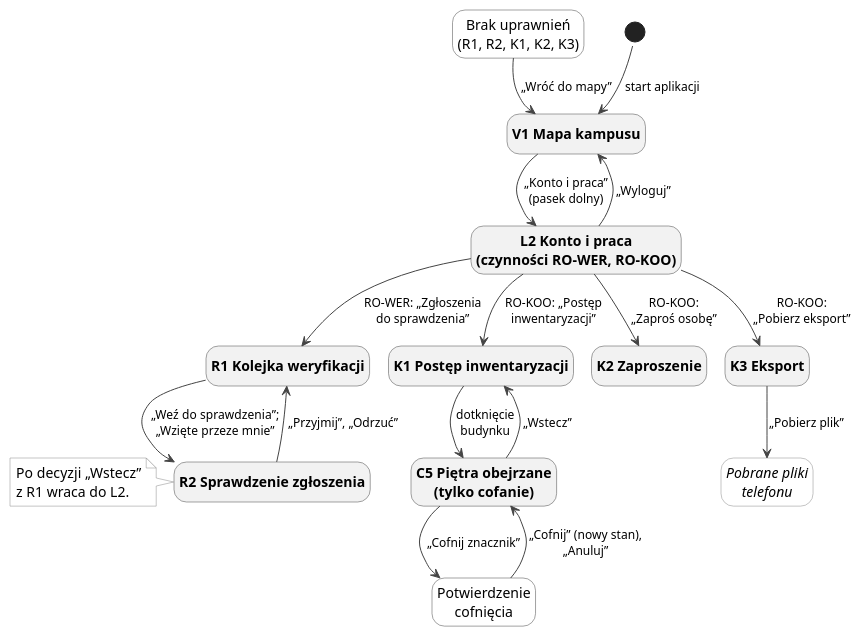
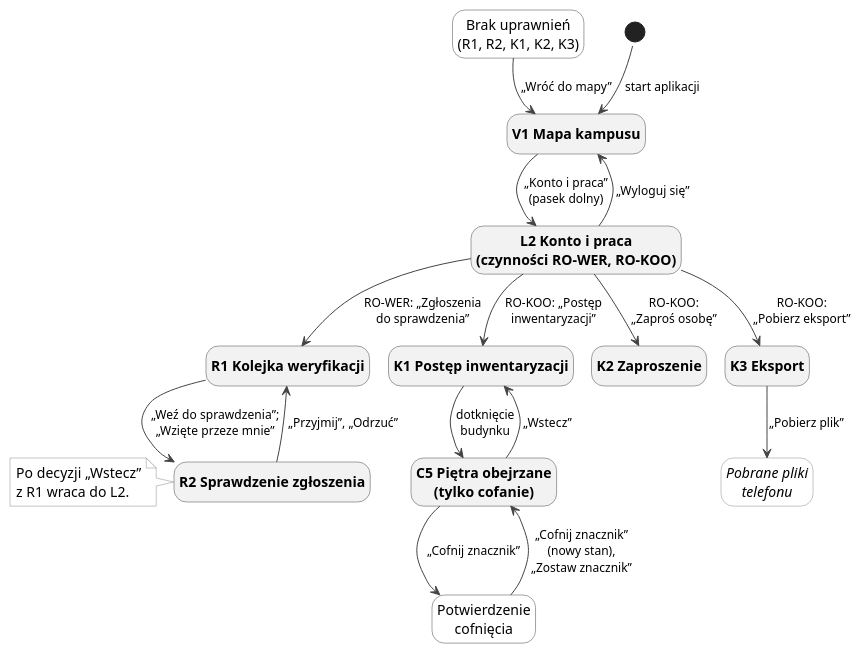
The diagram in docs/docs/ux/nawigacja-zespol-weryfikacja.puml (dostepny-kampus/dostepny-kampus), drawn with PlantUML before and after one commit. The commit also changed 3 other files, not shown here.

```diff
--- a/docs/docs/ux/nawigacja-zespol-weryfikacja.puml
+++ b/docs/docs/ux/nawigacja-zespol-weryfikacja.puml
@@ -1,63 +1,63 @@
 @startuml
 !pragma layout smetana
 hide empty description
 skinparam defaultFontSize 14
 skinparam ArrowColor #444444
 skinparam ArrowFontSize 12
 skinparam state {
   BackgroundColor #F2F2F2
   BorderColor #444444
   FontStyle bold
 }
 skinparam state<<stan>> {
   BackgroundColor #FFFFFF
   BorderColor #444444
   FontStyle normal
 }
 skinparam state<<poza>> {
   BackgroundColor #FFFFFF
   BorderColor #888888
   FontStyle italic
 }
 
 skinparam note {
   BackgroundColor #FFFFFF
   BorderColor #888888
 }
 
 state "V1 Mapa kampusu" as V1
 state "L2 Konto i praca\n(czynności RO-WER, RO-KOO)" as L2
 state "R1 Kolejka weryfikacji" as R1
 state "R2 Sprawdzenie zgłoszenia" as R2
 state "K1 Postęp inwentaryzacji" as K1
 state "C5 Piętra obejrzane\n(tylko cofanie)" as C5
 state "Potwierdzenie\ncofnięcia" as PC <<stan>>
 state "K2 Zaproszenie" as K2
 state "K3 Eksport" as K3
 state "Pobrane pliki\ntelefonu" as PLIK <<poza>>
 state "Brak uprawnień\n(R1, R2, K1, K2, K3)" as BU <<stan>>
 
 [*] --> V1 : start aplikacji
 V1 --> L2 : „Konto i praca”\n(pasek dolny)
-L2 --> V1 : „Wyloguj”
+L2 --> V1 : „Wyloguj się”
 
 L2 --> R1 : RO-WER: „Zgłoszenia\ndo sprawdzenia”
 R1 --> R2 : „Weź do sprawdzenia”;\n„Wzięte przeze mnie”
 R2 --> R1 : „Przyjmij”, „Odrzuć”
 
 note left of R2
   Po decyzji „Wstecz”
   z R1 wraca do L2.
 end note
 
 L2 --> K1 : RO-KOO: „Postęp\ninwentaryzacji”
 L2 --> K2 : RO-KOO:\n„Zaproś osobę”
 L2 --> K3 : RO-KOO:\n„Pobierz eksport”
 K1 --> C5 : dotknięcie\nbudynku
 C5 --> K1 : „Wstecz”
 C5 --> PC : „Cofnij znacznik”
-PC --> C5 : „Cofnij” (nowy stan),\n„Anuluj”
+PC --> C5 : „Cofnij znacznik”\n(nowy stan),\n„Zostaw znacznik”
 K3 --> PLIK : „Pobierz plik”
 
 BU --> V1 : „Wróć do mapy”
 @enduml
```
